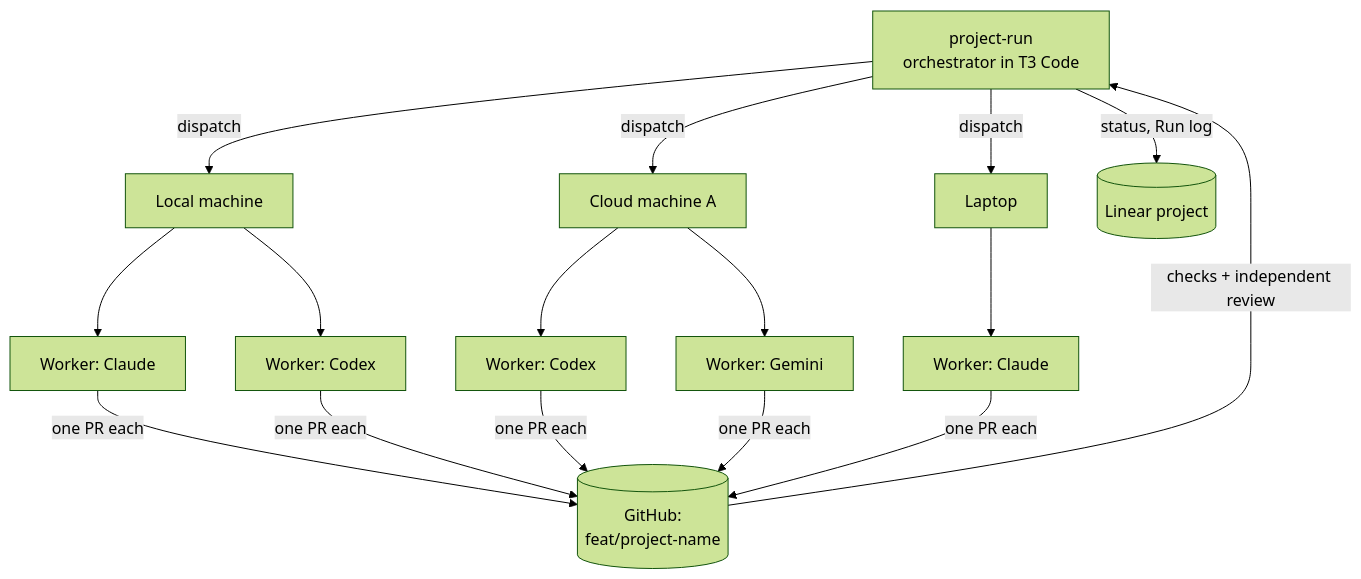
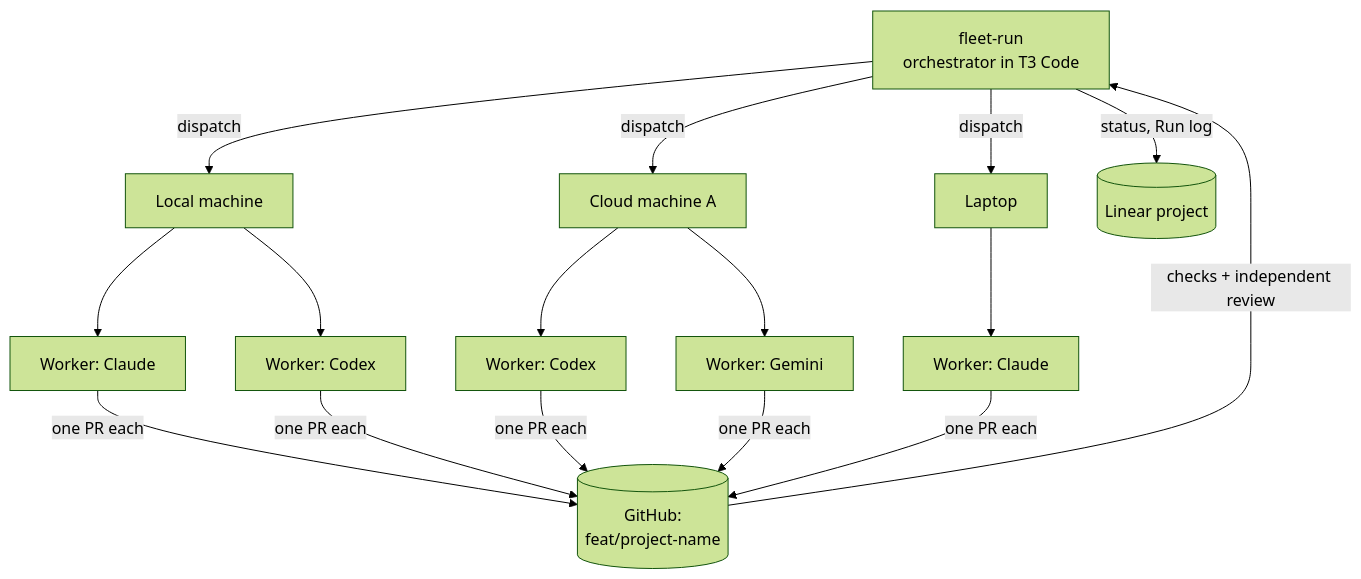
One commit to FantasticDevHQ/t3-linear-fleet changed the second of 3 diagrams in README.md. Above: the diagram before and after it, drawn with Mermaid (forest theme). The commit also changed other lines of this file and 22 other files, not shown here.

````diff
--- a/README.md
+++ b/README.md
@@ -118,13 +118,13 @@
 ```mermaid
 flowchart TB
-  O[project-run<br/>orchestrator in T3 Code]
+  O[fleet-run<br/>orchestrator in T3 Code]
   O -->|dispatch| M1[Local machine]
   O -->|dispatch| M2[Cloud machine A]
   O -->|dispatch| M3[Laptop]
   M1 --> W1[Worker: Claude] & W2[Worker: Codex]
   M2 --> W3[Worker: Codex] & W4[Worker: Gemini]
   M3 --> W5[Worker: Claude]
   W1 & W2 & W3 & W4 & W5 -->|one PR each| GH[(GitHub:<br/>feat/project-name)]
   GH -->|checks + independent review| O
   O -->|status, Run log| L[(Linear project)]
 ```
````
